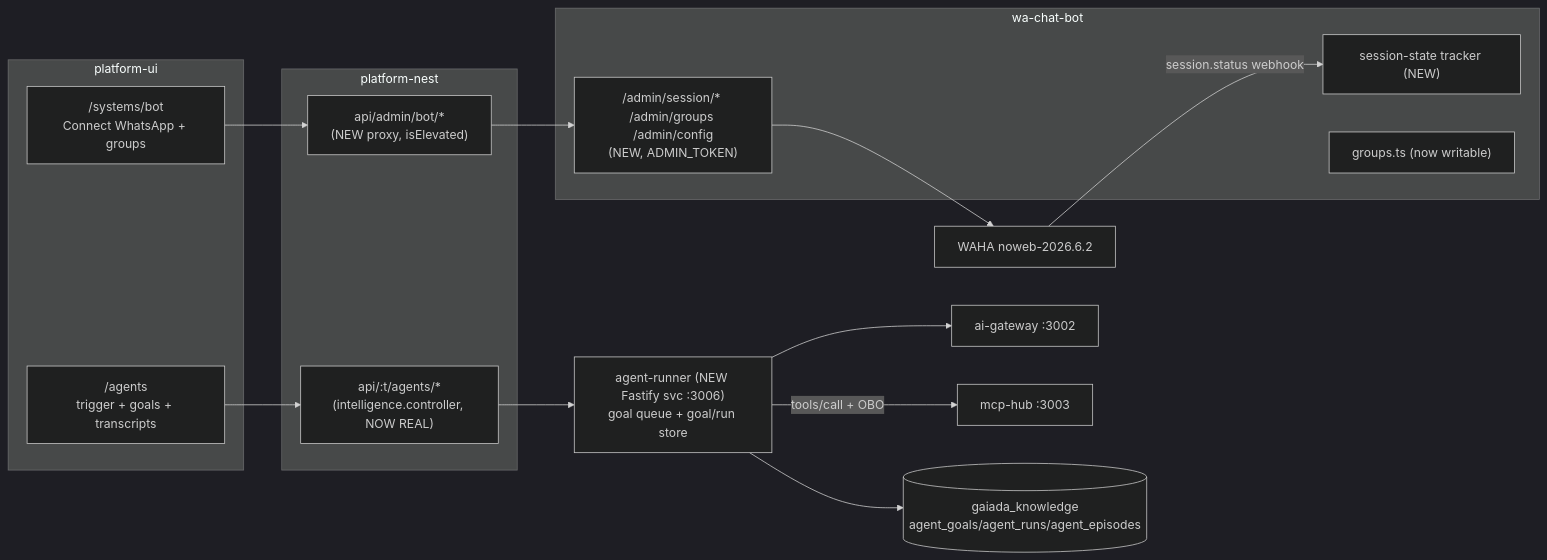
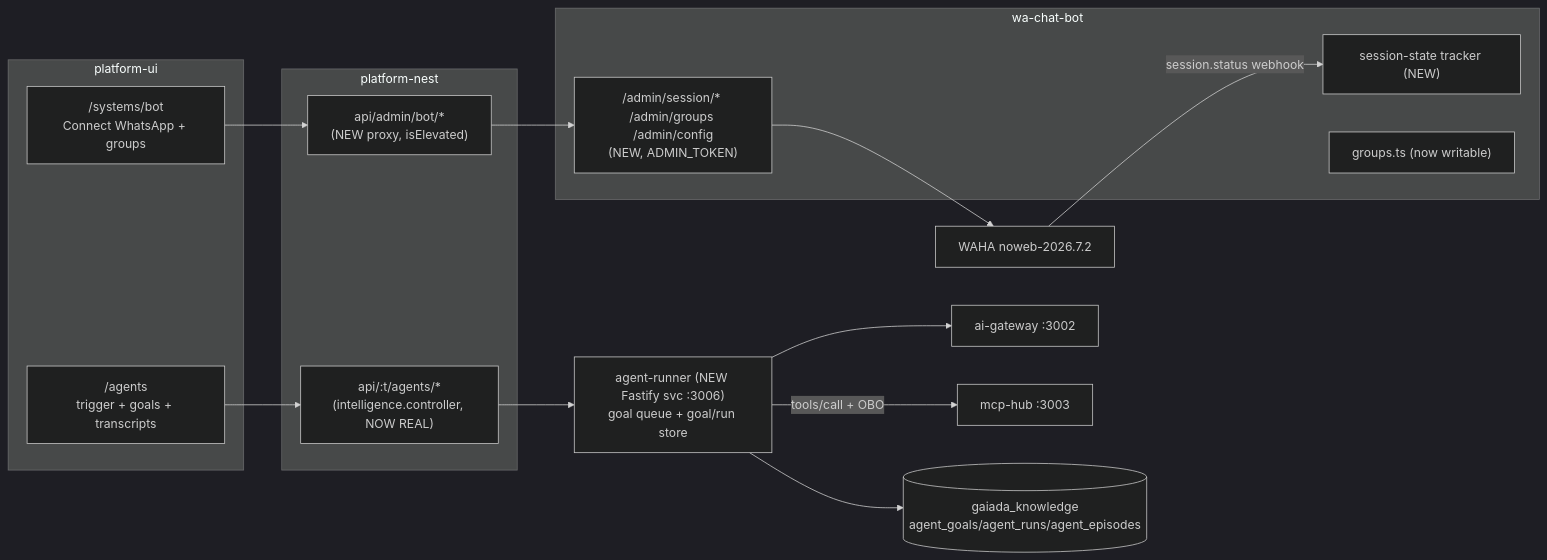
Before and after one commit to hansel-gaiada/gaiada-system: the diagram in docs/blueprints/erp-whatsapp-and-agent-runtime-e2e.md, drawn with Mermaid (dark theme). The commit also changed other lines of this file and 4 other files, not shown here.

First line of the commit message:
infra(waha): bump pinned image noweb-2026.6.2 -> noweb-2026.7.2

````diff
--- a/docs/blueprints/erp-whatsapp-and-agent-runtime-e2e.md
+++ b/docs/blueprints/erp-whatsapp-and-agent-runtime-e2e.md
@@ -32,28 +32,28 @@
 ```mermaid
 flowchart LR
   subgraph UI [platform-ui]
     BOTPG["/systems/bot<br/>Connect WhatsApp + groups"]
     AGPG["/agents<br/>trigger + goals + transcripts"]
   end
   subgraph NEST [platform-nest]
     BADM["api/admin/bot/*<br/>(NEW proxy, isElevated)"]
     INTC["api/:t/agents/*<br/>(intelligence.controller, NOW REAL)"]
   end
   subgraph BOT [wa-chat-bot]
     ADMR["/admin/session/* /admin/groups /admin/config<br/>(NEW, ADMIN_TOKEN)"]
     SST["session-state tracker (NEW)"]
     GRP["groups.ts (now writable)"]
   end
   RUNNER["agent-runner (NEW Fastify svc :3006)<br/>goal queue + goal/run store"]
-  WAHA["WAHA noweb-2026.6.2"]
+  WAHA["WAHA noweb-2026.7.2"]
   GW["ai-gateway :3002"]
   HUB["mcp-hub :3003"]
   KDB[("gaiada_knowledge<br/>agent_goals/agent_runs/agent_episodes")]
 
   BOTPG --> BADM --> ADMR --> WAHA
   WAHA -- "session.status webhook" --> SST
   AGPG --> INTC --> RUNNER
   RUNNER --> GW
   RUNNER -- "tools/call + OBO" --> HUB
   RUNNER --> KDB
 ```
````
